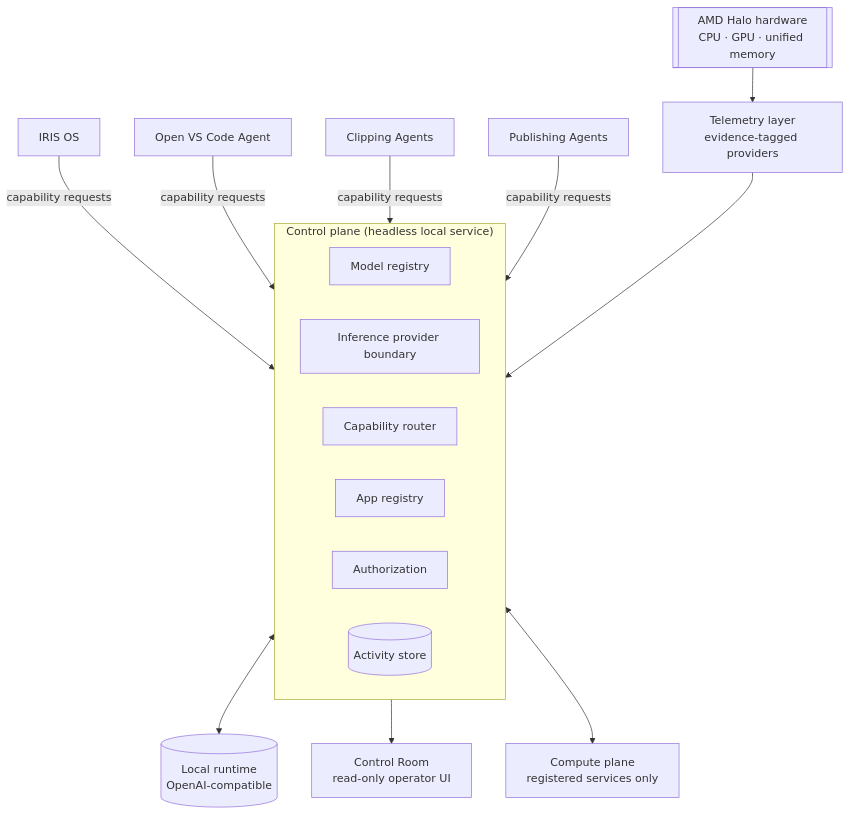
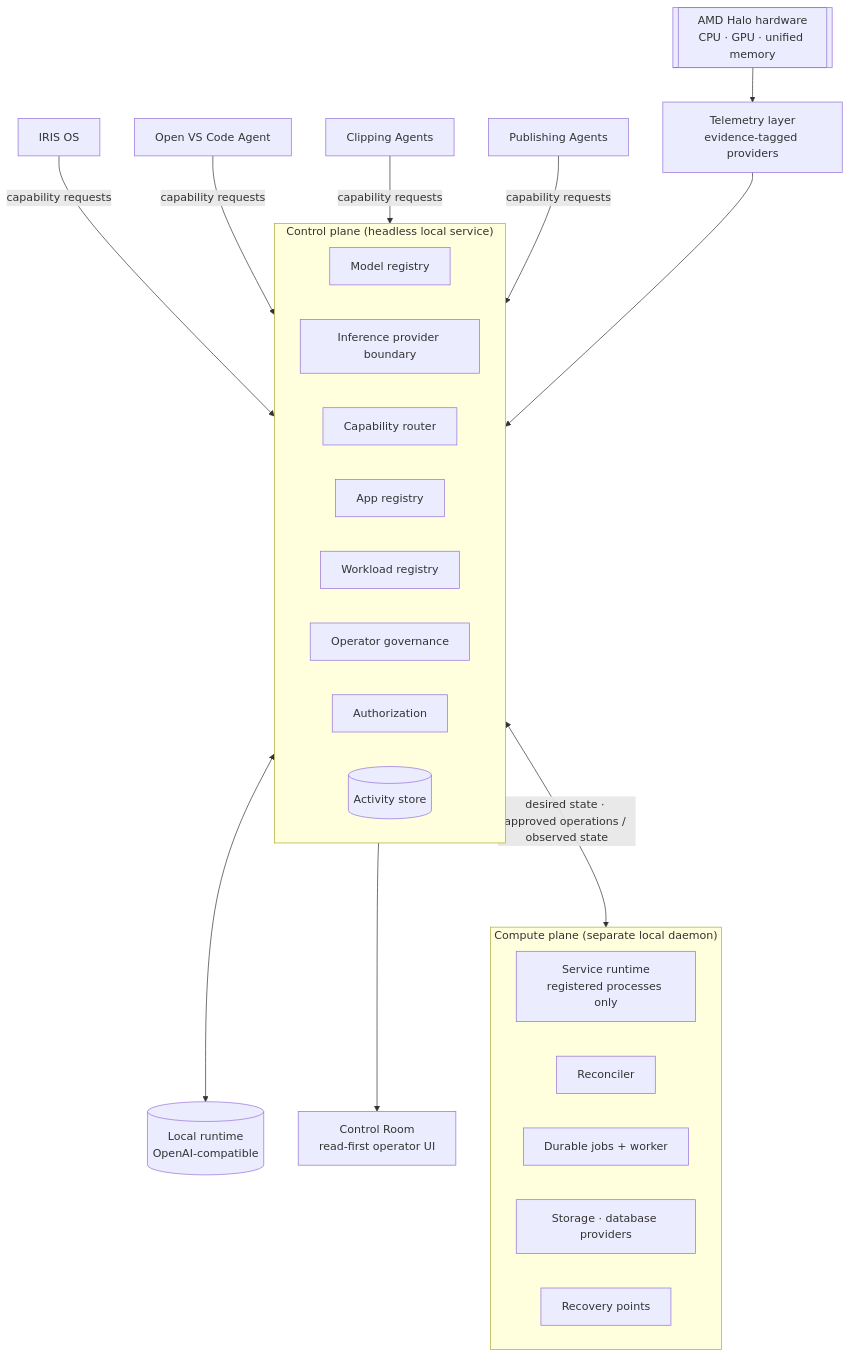
One commit to RaulMermans/AMD-HALO-Control changed the diagram in README.md. Above: the diagram before and after it, drawn with Mermaid. The commit also changed other lines of this file and 9 other files, not shown here.

````diff
--- a/README.md
+++ b/README.md
@@ -23,21 +23,33 @@
 ```mermaid
 flowchart TB
   HW[[AMD Halo hardware<br/>CPU · GPU · unified memory]] --> TEL[Telemetry layer<br/>evidence-tagged providers]
   TEL --> CORE
 
   subgraph CORE["Control plane (headless local service)"]
     direction LR
     REG[Model registry]
     INF[Inference provider boundary]
     RT[Capability router]
     APP[App registry]
+    WRG[Workload registry]
+    GOVN[Operator governance]
     AUTH[Authorization]
     ACT[(Activity store)]
   end
 
-  CORE --> UI[Control Room<br/>read-only operator UI]
-  CORE <--> CPL[Compute plane<br/>registered services only]
+  CORE --> UI[Control Room<br/>read-first operator UI]
+
+  subgraph CPL["Compute plane (separate local daemon)"]
+    direction LR
+    SVC[Service runtime<br/>registered processes only]
+    REC[Reconciler]
+    JOB[Durable jobs + worker]
+    STO[Storage · database providers]
+    BAK[Recovery points]
+  end
+
+  CORE <-->|desired state · approved operations / observed state| CPL
   INF <--> LLM[(Local runtime<br/>OpenAI-compatible)]
 
   J[IRIS OS] & V[Open VS Code Agent] & C[Clipping Agents] & P[Publishing Agents] -->|capability requests| AUTH
 ```
````
